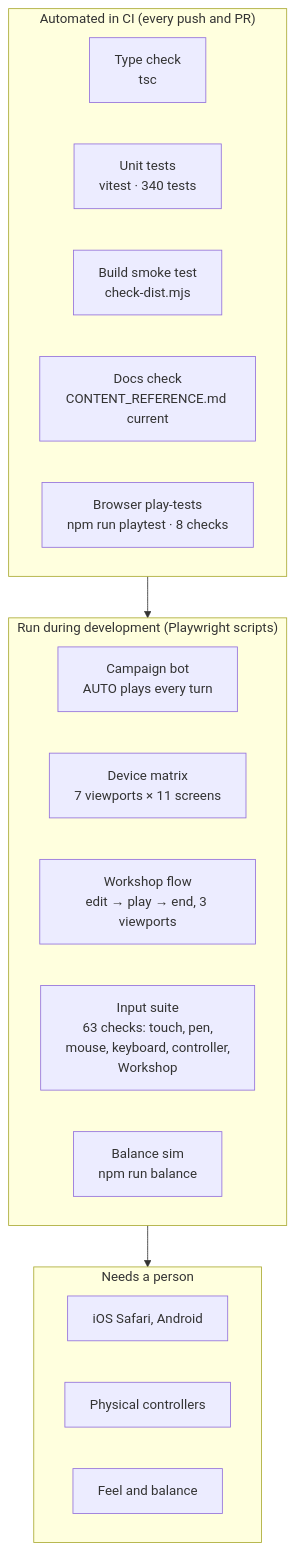
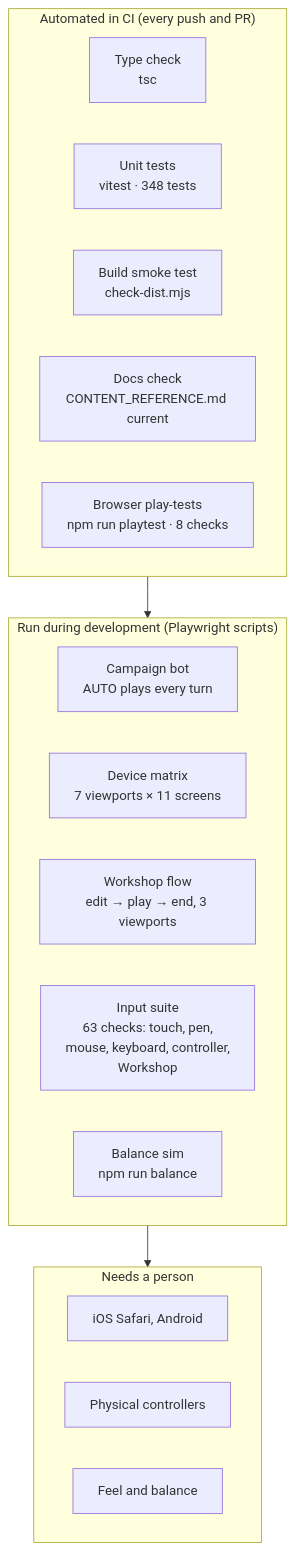
One commit to CptNope/Chess-RPG-Tactics changed the diagram in docs/TESTING.md. Above: the diagram before and after it, drawn with Mermaid. The commit also changed other lines of this file and 31 other files, not shown here.

````diff
--- a/docs/TESTING.md
+++ b/docs/TESTING.md
@@ -9,23 +9,23 @@
 ```mermaid
 flowchart TB
     subgraph Auto["Automated in CI (every push and PR)"]
         T1["Type check<br/>tsc"]
-        T2["Unit tests<br/>vitest · 340 tests"]
+        T2["Unit tests<br/>vitest · 348 tests"]
         T3["Build smoke test<br/>check-dist.mjs"]
         T4["Docs check<br/>CONTENT_REFERENCE.md current"]
         T5["Browser play-tests<br/>npm run playtest · 8 checks"]
     end
     subgraph Dev["Run during development (Playwright scripts)"]
         P1["Campaign bot<br/>AUTO plays every turn"]
         P2["Device matrix<br/>7 viewports × 11 screens"]
         P4["Workshop flow<br/>edit → play → end, 3 viewports"]
         P3["Input suite<br/>63 checks: touch, pen,<br/>mouse, keyboard, controller,<br/>Workshop"]
         P5["Balance sim<br/>npm run balance"]
     end
     subgraph Human["Needs a person"]
         H1["iOS Safari, Android"]
         H2["Physical controllers"]
         H3["Feel and balance"]
     end
     Auto --> Dev --> Human
 ```
````
